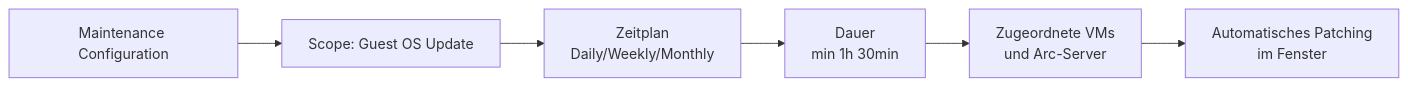
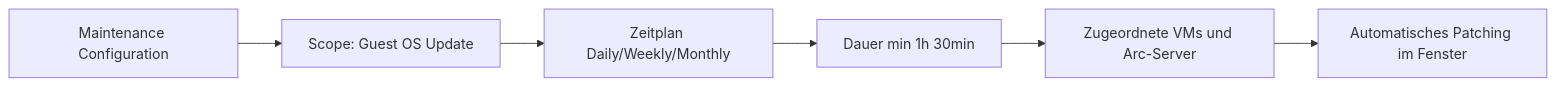
Before and after one commit to SoniiiT/notes-n-docs: the second of 4 diagrams in Microsoft 365/Azure/Monitor und Management/Azure Update Manager.md, drawn with Mermaid. The commit also changed other lines of this file and 124 other files, not shown here.

First line of the commit message:
fix: Entferne \n aus allen Mermaid-Diagrammen (125 Dateien)

````diff
--- a/Microsoft 365/Azure/Monitor und Management/Azure Update Manager.md
+++ b/Microsoft 365/Azure/Monitor und Management/Azure Update Manager.md
@@ -134,8 +134,8 @@
 ```mermaid
 graph LR
     A[Maintenance Configuration] --> B[Scope: Guest OS Update]
-    B --> C[Zeitplan\nDaily/Weekly/Monthly]
-    C --> D[Dauer\nmin 1h 30min]
-    D --> E[Zugeordnete VMs\nund Arc-Server]
-    E --> F[Automatisches Patching\nim Fenster]
+    B --> C[Zeitplan Daily/Weekly/Monthly]
+    C --> D[Dauer min 1h 30min]
+    D --> E[Zugeordnete VMs und Arc-Server]
+    E --> F[Automatisches Patching im Fenster]
 ```
````
